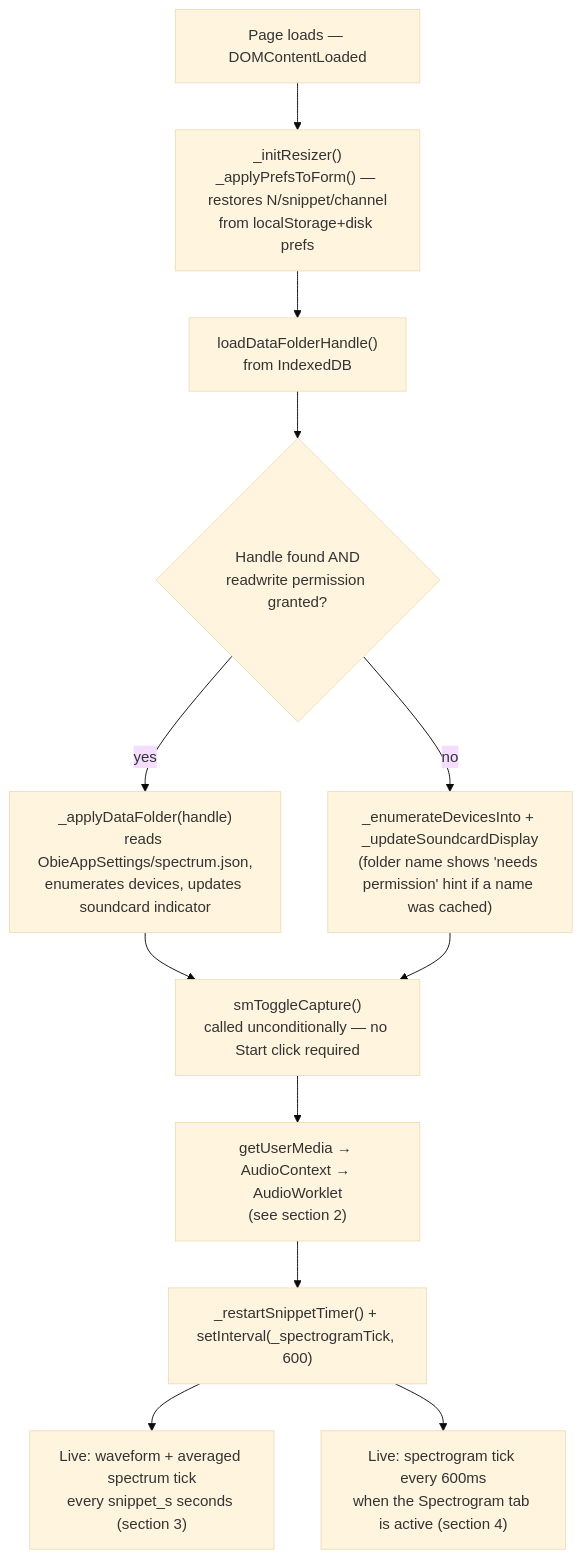
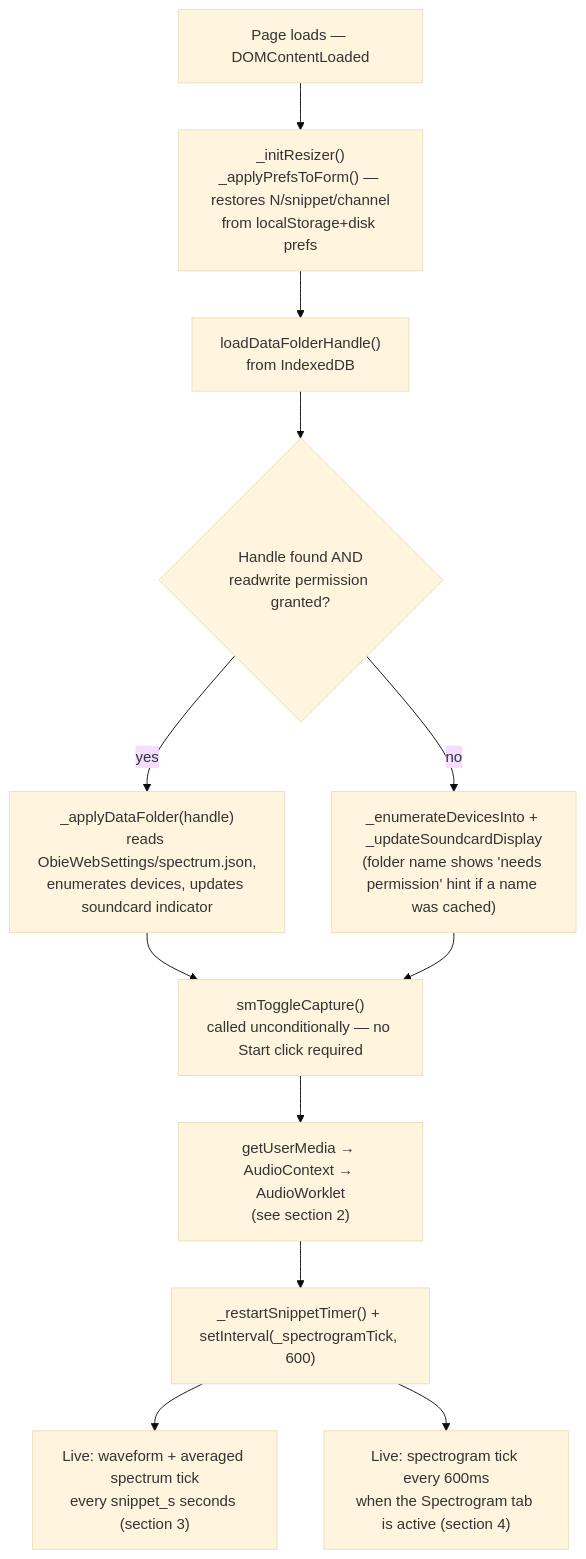
Before and after one commit to chrisbuerginrogers/ObieApp: the first of 5 diagrams in Web/tools/spectrum/FLOWCHART.md, drawn with Mermaid (base theme). The commit also changed other lines of this file and 28 other files, not shown here.

First line of the commit message:
Rename settings folder ObieAppSettings to ObieWebSettings

````diff
--- a/Web/tools/spectrum/FLOWCHART.md
+++ b/Web/tools/spectrum/FLOWCHART.md
@@ -25,14 +25,14 @@
 ```mermaid
 flowchart TD
     A["Page loads — DOMContentLoaded"] --> B["_initResizer()\n_applyPrefsToForm() — restores N/snippet/channel\nfrom localStorage+disk prefs"]
     B --> C["loadDataFolderHandle()\nfrom IndexedDB"]
     C --> D{"Handle found AND\nreadwrite permission granted?"}
-    D -- yes --> E["_applyDataFolder(handle)\nreads ObieAppSettings/spectrum.json,\nenumerates devices, updates soundcard indicator"]
+    D -- yes --> E["_applyDataFolder(handle)\nreads ObieWebSettings/spectrum.json,\nenumerates devices, updates soundcard indicator"]
     D -- no --> F["_enumerateDevicesInto + _updateSoundcardDisplay\n(folder name shows 'needs permission' hint if a name was cached)"]
     E --> G["smToggleCapture()\ncalled unconditionally — no Start click required"]
     F --> G
     G --> H["getUserMedia → AudioContext → AudioWorklet\n(see section 2)"]
     H --> I["_restartSnippetTimer() + setInterval(_spectrogramTick, 600)"]
     I --> J["Live: waveform + averaged spectrum tick\nevery snippet_s seconds (section 3)"]
     I --> K["Live: spectrogram tick every 600ms\nwhen the Spectrogram tab is active (section 4)"]
 ```
````
